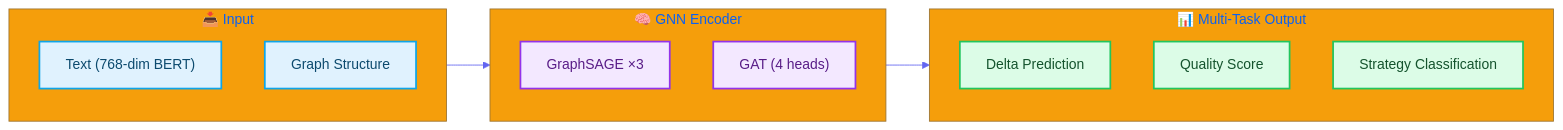
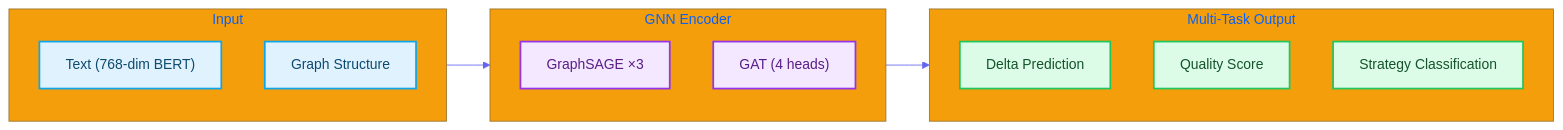
One commit to AluminumShark/Social-Debate-AI changed the diagram in docs/modules/GNN.md. Above: the diagram before and after it, drawn with Mermaid. The commit also changed other lines of this file and 32 other files, not shown here.

````diff
--- a/docs/modules/GNN.md
+++ b/docs/modules/GNN.md
@@ -13,26 +13,26 @@
 ```mermaid
 %%{init: {'theme': 'base', 'themeVariables': { 'primaryColor': '#4f46e5', 'primaryTextColor': '#fff', 'primaryBorderColor': '#4338ca', 'lineColor': '#6366f1', 'secondaryColor': '#10b981', 'tertiaryColor': '#f59e0b'}}}%%
 flowchart LR
     %% Styles
     classDef input fill:#e0f2fe,stroke:#0ea5e9,stroke-width:2px,color:#0c4a6e;
     classDef model fill:#f3e8ff,stroke:#9333ea,stroke-width:2px,color:#581c87;
     classDef output fill:#dcfce7,stroke:#22c55e,stroke-width:2px,color:#14532d;
 
-    subgraph Input["📥 Input"]
+    subgraph Input[" Input"]
         T["Text (768-dim BERT)"]:::input
         G["Graph Structure"]:::input
     end
 
-    subgraph GNN["🧠 GNN Encoder"]
+    subgraph GNN[" GNN Encoder"]
         S1["GraphSAGE ×3"]:::model
         S2["GAT (4 heads)"]:::model
     end
 
-    subgraph Output["📊 Multi-Task Output"]
+    subgraph Output[" Multi-Task Output"]
         D["Delta Prediction"]:::output
         Q["Quality Score"]:::output
         S["Strategy Classification"]:::output
     end
 
     Input --> GNN --> Output
 ```
````
